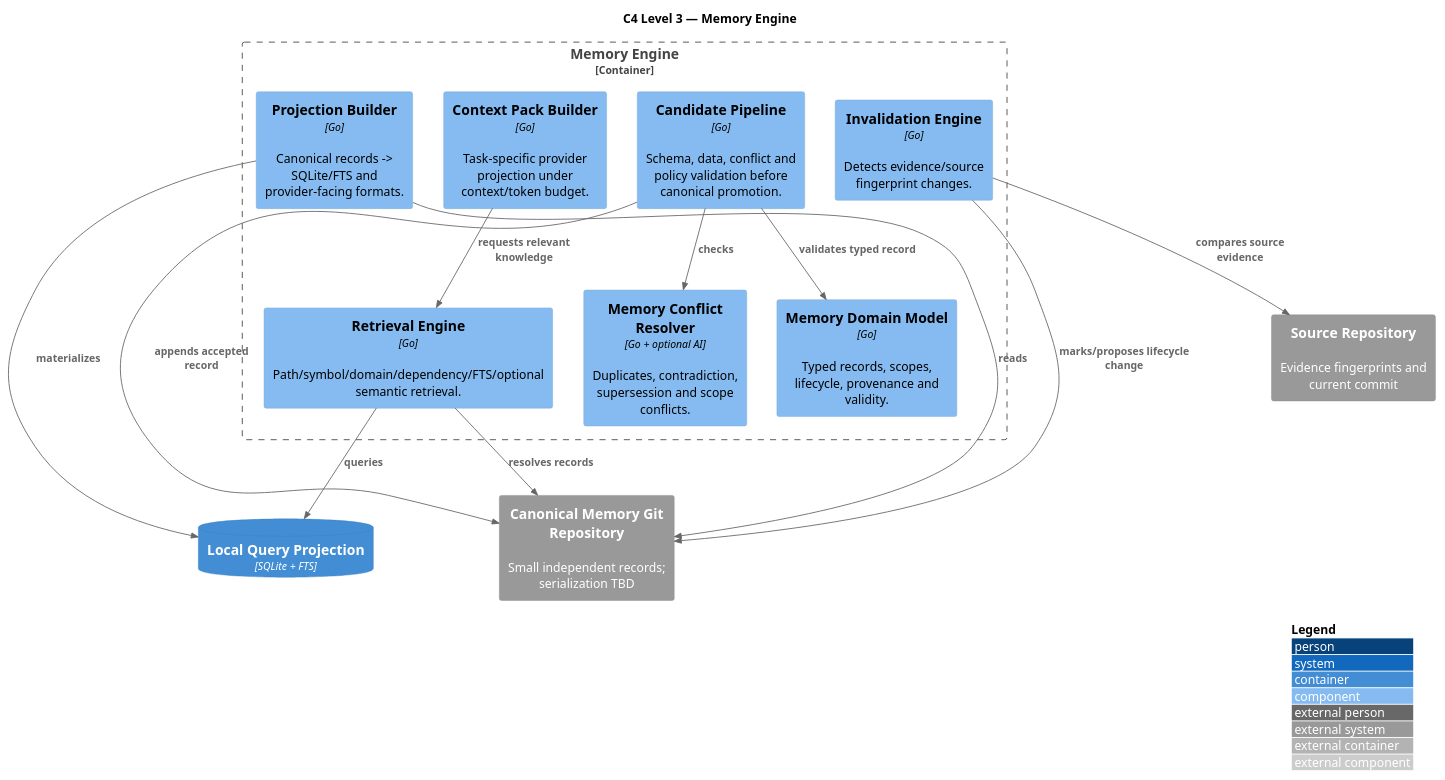
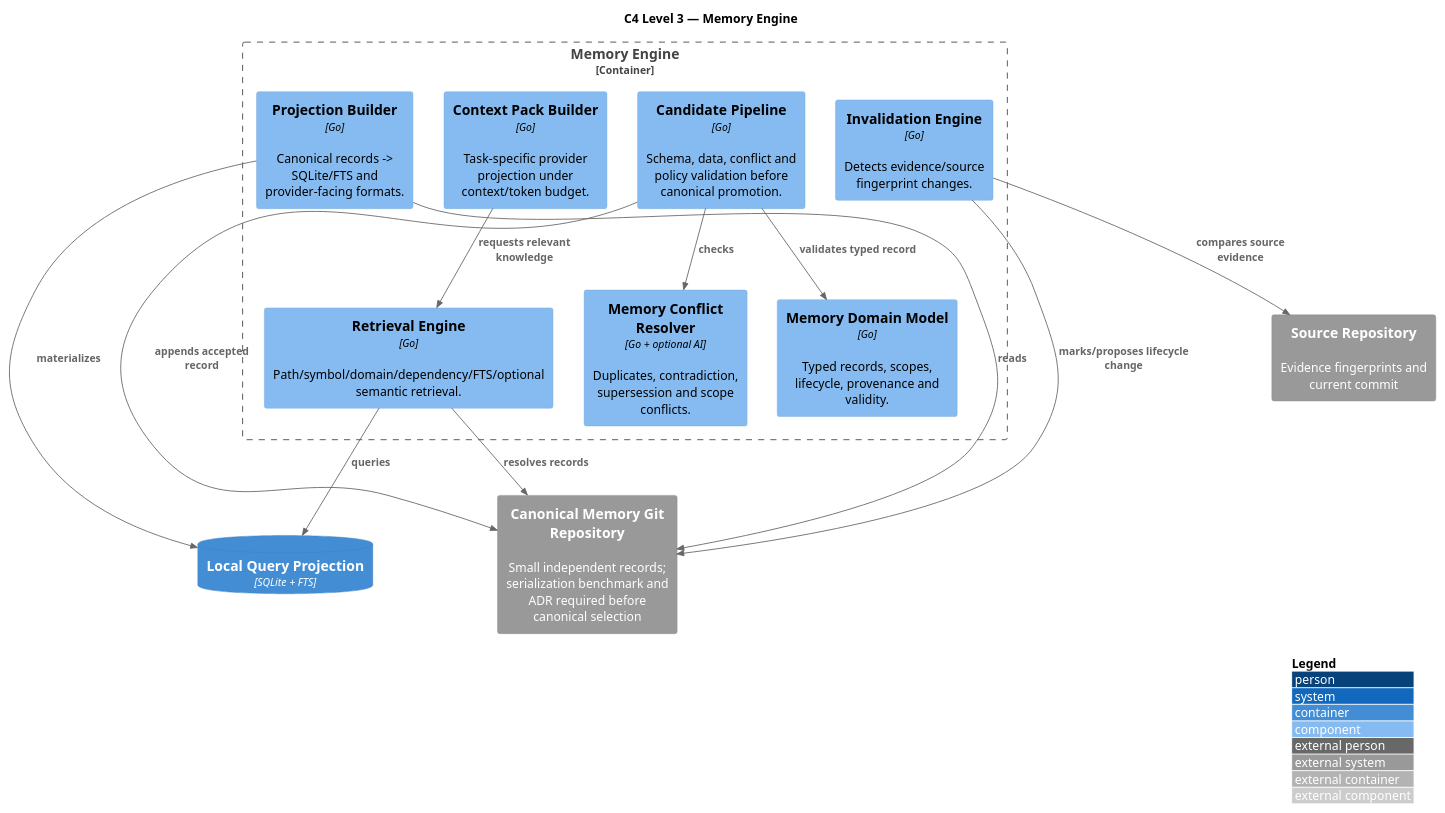
Before and after one commit to Eu-Pedro0ficial/praetor: the diagram in docs/architecture/src/docs/arc42/diagrams/c4-memory-components.puml, drawn with PlantUML. The commit also changed 23 other files, not shown here.

Commit message:
docs: establish Praetor architecture and delivery baseline

```diff
--- a/docs/architecture/src/docs/arc42/diagrams/c4-memory-components.puml
+++ b/docs/architecture/src/docs/arc42/diagrams/c4-memory-components.puml
@@ -1,27 +1,27 @@
 @startuml
 !include <C4/C4_Component>
 LAYOUT_WITH_LEGEND()
 title C4 Level 3 — Memory Engine
 Container_Boundary(mem, "Memory Engine") {
   Component(model, "Memory Domain Model", "Go", "Typed records, scopes, lifecycle, provenance and validity.")
   Component(candidate, "Candidate Pipeline", "Go", "Schema, data, conflict and policy validation before canonical promotion.")
   Component(invalidation, "Invalidation Engine", "Go", "Detects evidence/source fingerprint changes.")
   Component(retrieval, "Retrieval Engine", "Go", "Path/symbol/domain/dependency/FTS/optional semantic retrieval.")
   Component(context, "Context Pack Builder", "Go", "Task-specific provider projection under context/token budget.")
   Component(conflict, "Memory Conflict Resolver", "Go + optional AI", "Duplicates, contradiction, supersession and scope conflicts.")
   Component(projection, "Projection Builder", "Go", "Canonical records -> SQLite/FTS and provider-facing formats.")
 }
 ContainerDb(local, "Local Query Projection", "SQLite + FTS")
-System_Ext(canonical, "Canonical Memory Git Repository", "Small independent records; serialization TBD")
+System_Ext(canonical, "Canonical Memory Git Repository", "Small independent records; serialization benchmark and ADR required before canonical selection")
 System_Ext(source, "Source Repository", "Evidence fingerprints and current commit")
 Rel(candidate, model, "validates typed record")
 Rel(candidate, conflict, "checks")
 Rel(candidate, canonical, "appends accepted record")
 Rel(invalidation, source, "compares source evidence")
 Rel(invalidation, canonical, "marks/proposes lifecycle change")
 Rel(projection, canonical, "reads")
 Rel(projection, local, "materializes")
 Rel(retrieval, local, "queries")
 Rel(retrieval, canonical, "resolves records")
 Rel(context, retrieval, "requests relevant knowledge")
 @enduml
```
